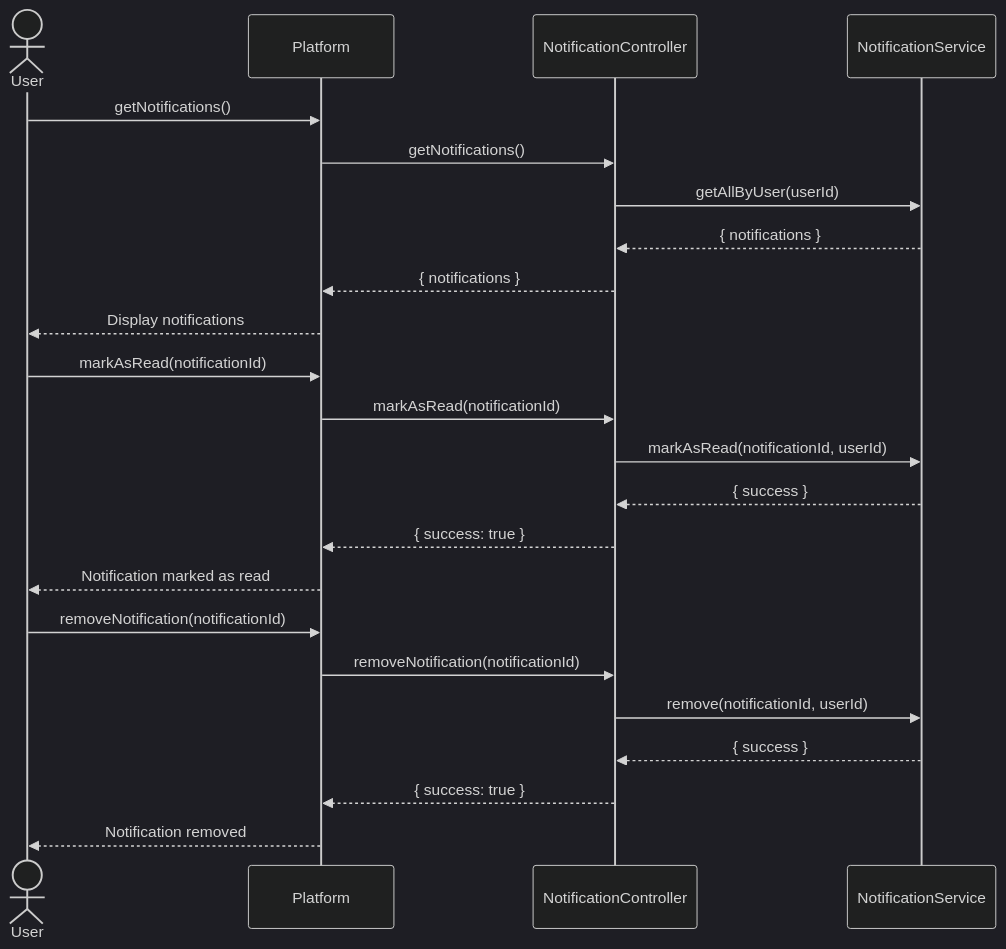
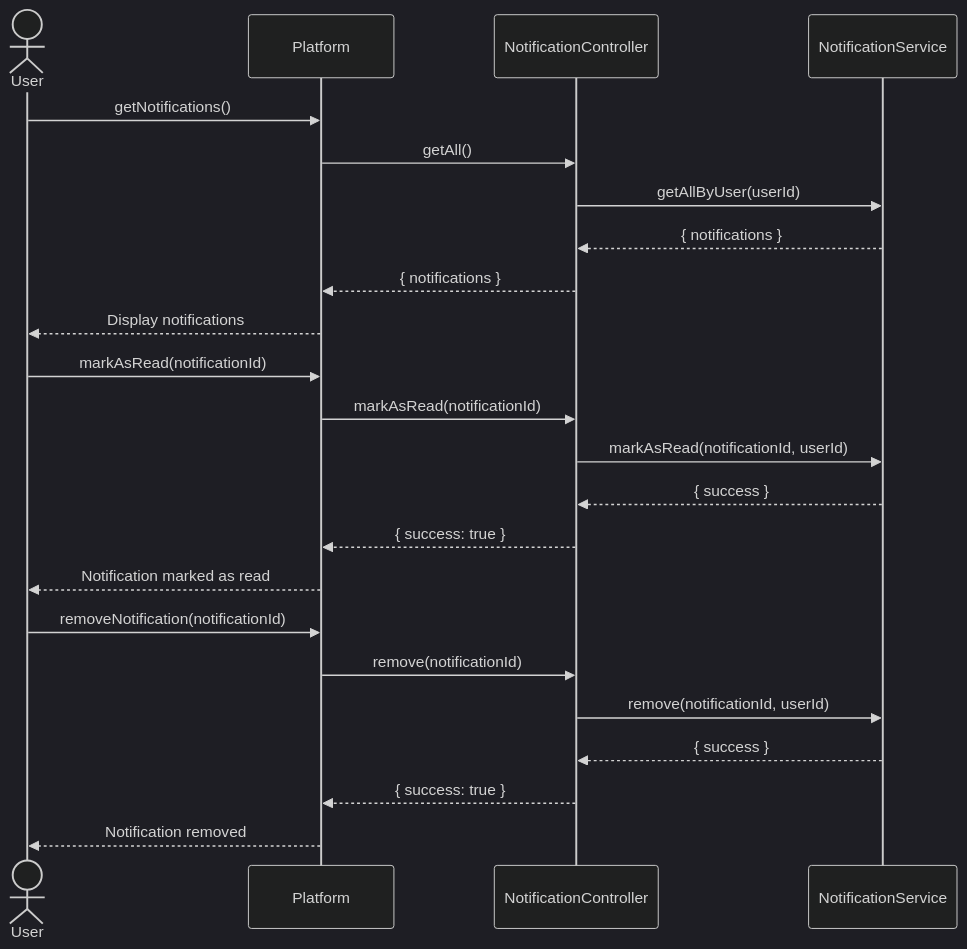
Diagram 14 of 23 in diagrams/Sequence Diagram/sequencediagram.md (NovaLogic-Systems/gestArtes-docs), drawn with Mermaid (dark theme) before and after one commit. The commit also changed other lines of this file and 4 other files, not shown here.

````diff
--- a/diagrams/Sequence Diagram/sequencediagram.md
+++ b/diagrams/Sequence Diagram/sequencediagram.md
@@ -537,28 +542,28 @@
 ```mermaid
 sequenceDiagram
     actor User
     participant Platform as Platform
     participant NotificationController as NotificationController
     participant NotificationService as NotificationService
 
     User->>Platform: getNotifications()
-    Platform->>NotificationController: getNotifications()
+    Platform->>NotificationController: getAll()
     NotificationController->>NotificationService: getAllByUser(userId)
     NotificationService-->>NotificationController: { notifications }
     NotificationController-->>Platform: { notifications }
     Platform-->>User: Display notifications
 
     User->>Platform: markAsRead(notificationId)
     Platform->>NotificationController: markAsRead(notificationId)
     NotificationController->>NotificationService: markAsRead(notificationId, userId)
     NotificationService-->>NotificationController: { success }
     NotificationController-->>Platform: { success: true }
     Platform-->>User: Notification marked as read
 
     User->>Platform: removeNotification(notificationId)
-    Platform->>NotificationController: removeNotification(notificationId)
+    Platform->>NotificationController: remove(notificationId)
     NotificationController->>NotificationService: remove(notificationId, userId)
     NotificationService-->>NotificationController: { success }
     NotificationController-->>Platform: { success: true }
     Platform-->>User: Notification removed
 ```
````
